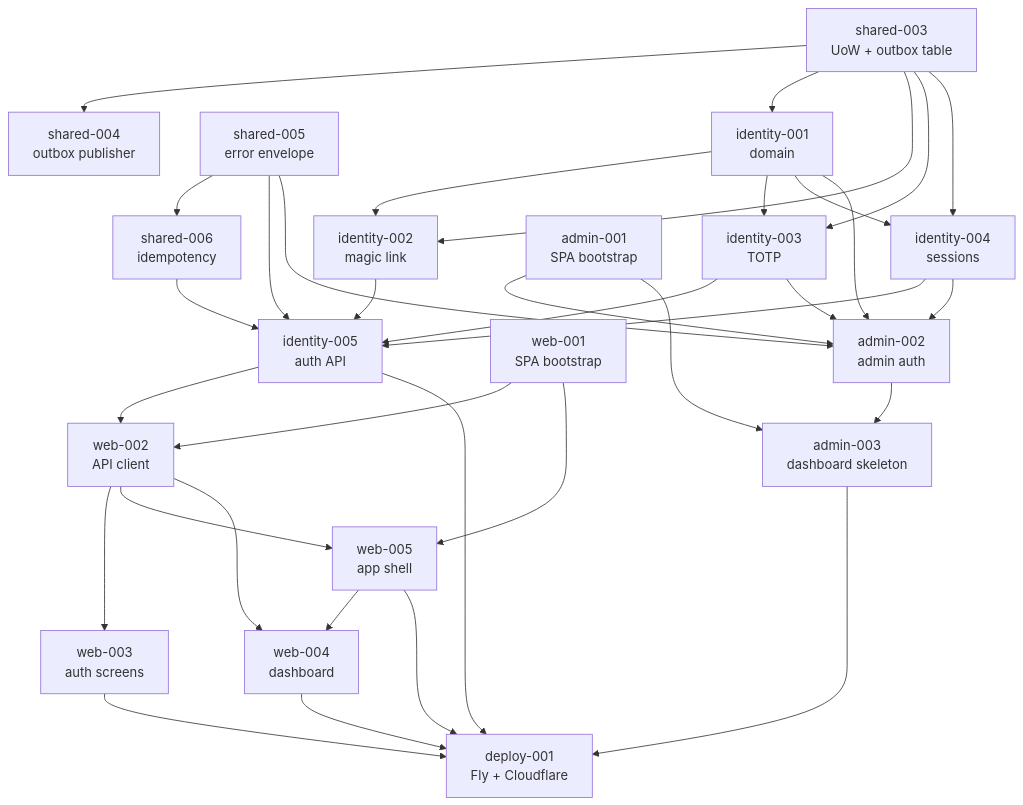
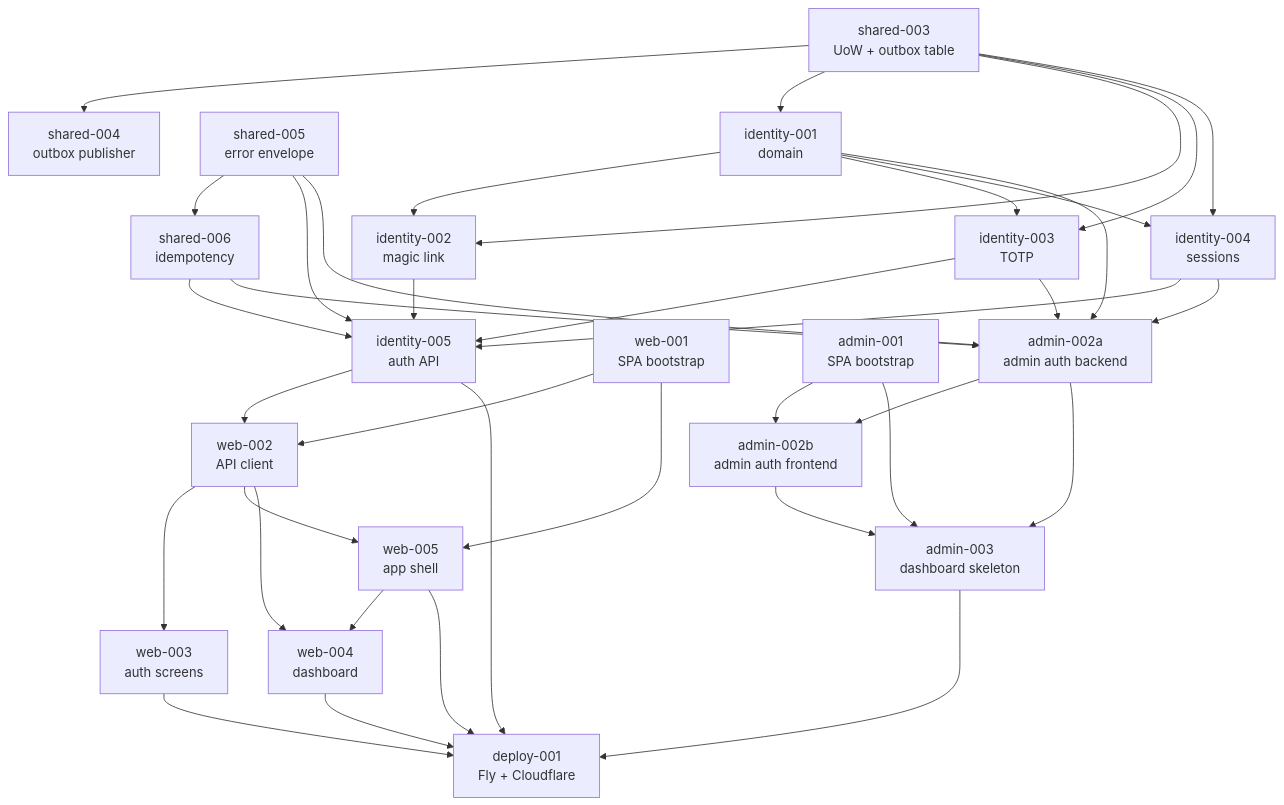
The diagram in phase1-briefs/_PHASE1-SUMMARY.md (Crowsing/vaultchain), drawn with Mermaid before and after one commit. The commit also changed other lines of this file and 15 other files, not shown here.

First line of the commit message:
chore(briefs): split phase1-admin-002 into 002a (backend) + 002b (frontend) (#36)

````diff
--- a/phase1-briefs/_PHASE1-SUMMARY.md
+++ b/phase1-briefs/_PHASE1-SUMMARY.md
@@ -46,63 +47,67 @@
 ```mermaid
 graph TD
   s003[shared-003<br/>UoW + outbox table]
   s004[shared-004<br/>outbox publisher]
   s005[shared-005<br/>error envelope]
   s006[shared-006<br/>idempotency]
 
   i001[identity-001<br/>domain]
   i002[identity-002<br/>magic link]
   i003[identity-003<br/>TOTP]
   i004[identity-004<br/>sessions]
   i005[identity-005<br/>auth API]
 
   w001[web-001<br/>SPA bootstrap]
   w002[web-002<br/>API client]
   w003[web-003<br/>auth screens]
   w004[web-004<br/>dashboard]
   w005[web-005<br/>app shell]
 
   a001[admin-001<br/>SPA bootstrap]
-  a002[admin-002<br/>admin auth]
+  a002a[admin-002a<br/>admin auth backend]
+  a002b[admin-002b<br/>admin auth frontend]
   a003[admin-003<br/>dashboard skeleton]
 
   d001[deploy-001<br/>Fly + Cloudflare]
 
   s003 --> s004
   s005 --> s006
 
   s003 --> i001
   i001 --> i002
   i001 --> i003
   i001 --> i004
   s003 --> i002
   s003 --> i003
   s003 --> i004
   i002 --> i005
   i003 --> i005
   i004 --> i005
   s005 --> i005
   s006 --> i005
 
   w001 --> w002
   i005 --> w002
   w002 --> w003
   w002 --> w005
   w001 --> w005
   w005 --> w004
   w002 --> w004
 
-  i001 --> a002
-  i003 --> a002
-  i004 --> a002
-  s005 --> a002
-  a001 --> a002
+  i001 --> a002a
+  i003 --> a002a
+  i004 --> a002a
+  s005 --> a002a
+  s006 --> a002a
+  a001 --> a002b
+  a002a --> a002b
   a001 --> a003
-  a002 --> a003
+  a002a --> a003
+  a002b --> a003
 
   i005 --> d001
   w003 --> d001
   w004 --> d001
   w005 --> d001
   a003 --> d001
 ```
````
